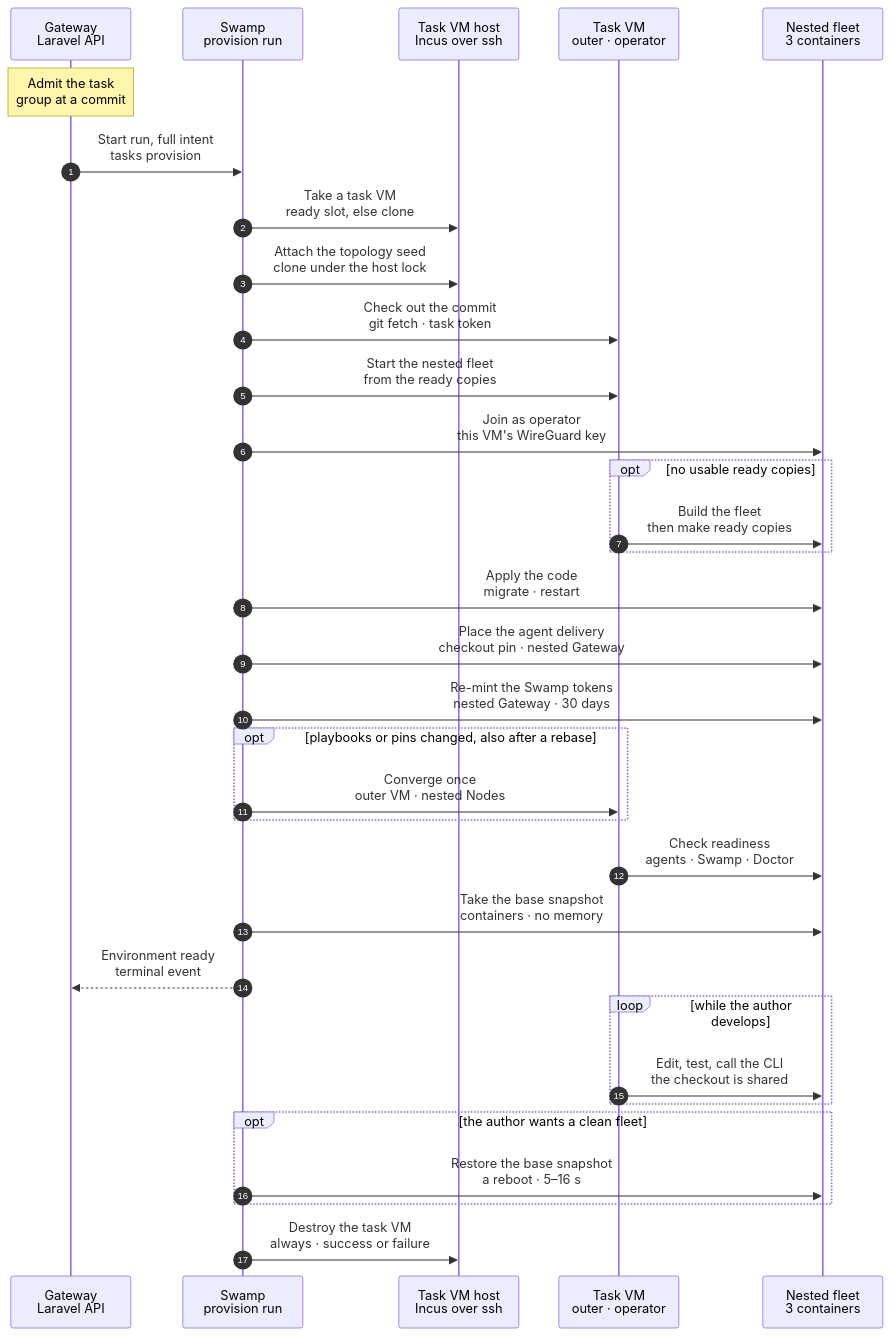
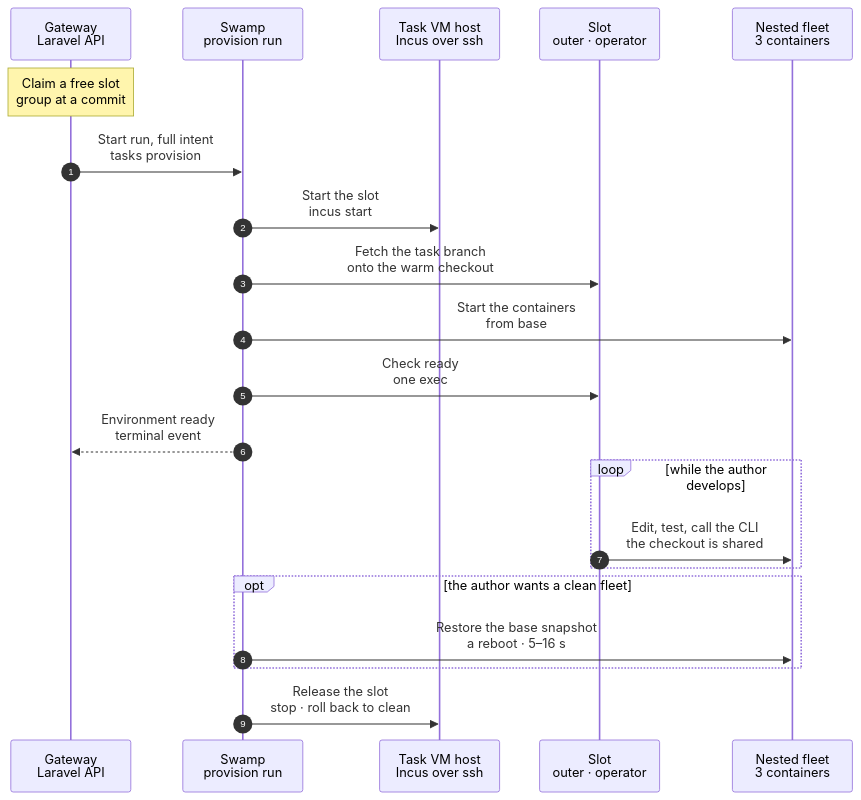
The diagram in docs/reference/pipeline/2-development-environment.mmd (hardimpactdev/orbit), drawn with Mermaid before and after one commit. The commit also changed 10 other files, not shown here.

First line of the commit message:
docs(tasks): slot claim, slot enrol and release, and the one-VM image refresh charts

```diff
--- a/docs/reference/pipeline/2-development-environment.mmd
+++ b/docs/reference/pipeline/2-development-environment.mmd
@@ -1,5 +1,5 @@
 sequenceDiagram
-  %% Target design: stage 2 of the command development pipeline. A task VM, where an agent or Nick develops a command and the proof cases run too, holds a nested fleet (a Gateway with Swamp, an app-dev Node, an app-prod Node) that resets from the ready copies in the host's topology seed. The nested Nodes are Incus system containers with the outer VM's checkout as a disk device, so an edit reaches them at once with no sync; `base` is a container snapshot without memory (decided 2026-11-06). Uses the simple slot pool (task-vm.slots) as the target way to get the VM.
+  %% Target design (Nick 2026-11-07): stage 2 of the command development pipeline. A task VM, where an agent or Nick develops a command and the proof cases run too, is a fixed slot `<node>-tvm-<n>` from the host's image. The image holds everything installed and ready: orbit-agent, the Pi server, the tools, Swamp, sshd and UFW, a warm checkout of main with `vendor/` and `node_modules/`, and the nested fleet (a Gateway with Swamp, an app-dev Node, an app-prod Node) as Incus system containers, migrated and running, with a `base` snapshot each. The containers mount the outer VM's checkout as a disk device, so an edit reaches them at once. A claim only starts the slot: docs/cli/tasks/provision.mmd.
   %% status: draft
   %% command: development pipeline stage 2 · development environment
   %% kind: pipeline.2-development-environment
@@ -7,156 +7,54 @@
   %% lane GW icon=gateway pill=intent tone=blue
   %% lane SW icon=workflow pill=executes tone=green
   %% lane H icon=server pill=target tone=amber
-  %% lane VM icon=server pill=target tone=purple
+  %% lane VM icon=server pill=slot tone=purple
   %% lane NT icon=server pill=fleet tone=gray
   participant GW as Gateway<br/>Laravel API
   participant SW as Swamp<br/>provision run
   participant H as Task VM host<br/>Incus over ssh
-  participant VM as Task VM<br/>outer · operator
+  participant VM as Slot<br/>outer · operator
   participant NT as Nested fleet<br/>3 containers
-  Note over GW: Admit the task<br/>group at a commit
+  Note over GW: Claim a free slot<br/>group at a commit
   %%> Requirements:
-  %%> - an external task group in `todo` and a free task VM host
+  %%> - an external task group in `todo` and a free slot on a host, enrolled from the host's promoted image
   %%> Result:
-  %%> - the full intent is recorded; the group is reserved
-  %%> Decided by the orchestrator, for Nick's review:
-  %%> - a parked prep group is admitted by the gate check when the owner approves its spec: the Gateway appends the implementation subtask, moves the group to `running` and starts `tasks.build`, which resumes the VM, syncs the refs and runs the first implementer turn
+  %%> - the group holds the slot; its Node, WireGuard peer, agent secret, Pi token, host key and workspace Instance already exist, so nothing is minted or published
+  %%> - a proof is placed only on a host whose promoted image holds every change of what the image carries, up to the merge base of the proof commit with main (`TaskVmImageInputs`); otherwise the admission answers `tasks.capacity_unavailable` and names the release the host's image comes from
   GW->>SW: Start run, full intent<br/>tasks provision
   %%> Why:
   %%> - the same run for a person, an agent or a CI proof
-  SW->>H: Take a task VM<br/>ready slot, else clone
-  %%> Target, not built:
-  %%> - start a ready slot that was enrolled ahead of time and kept stopped; takes seconds (chart `task-vm.slots`)
-  %%> Built today:
-  %%> - clone the task image, boot, enrol (keys, WireGuard, observer), model key, Pi; takes minutes
-  %%> Decided by the orchestrator, for Nick's review:
-  %%> - a task that needs the nested fleet (a proof, or any VM with test nodes: medium or large) is placed only on a host whose seed holds usable ready copies of the current format; with no such host free, admission answers `tasks.capacity_unavailable`
-  %%> - the Gateway reads the fact from its own records: the seed follows the image the VM boots from, and it holds usable copies when the host's latest refresh run promoted that image and saved copies of the current `user.ready.format`; no agent report and no ssh
-  %%> - the refresh of a host is pinned to that host and is not filtered, because it is what builds the copies; a task with no fleet (a plain task) still uses any host
-  %%> Decided by the orchestrator, for Nick's review (2026-11-07; the key sharpened the same day): a proof is placed only on a host whose ready copies include every change of what the image carries, up to the merge base of the proof commit with main
-  %%> - why: M5 try 10's allow run landed on the copies of beast from before #3104 (the refresh converged the nested Nodes only from then on), and failed on faults that the commit under proof did not cause
-  %%> - what the image carries is one rule, the one that starts a refresh: the playbooks of the task VM role (`swamp/ansible`), the pins of the recipe (`apps/gateway/resources/machine-software`) and the lock files. The code is `TaskVmImageInputs`, and the refresh trigger and this check both ask it. A change of any other file, such as Gateway PHP or documents, makes no copies stale, because a task mounts its own checkout and no refresh follows it
-  %%> - not the merge base itself: main moves past the copies through commits that change nothing the copies hold, and no refresh follows them, so a test against the merge base could refuse a proof until some unrelated refresh happens, which may be never. The copies must include the newest commit at or before the merge base that changed what the image carries
-  %%> - the fact: the refresh that saved the current copies records the release commit it built them from (`refresh.commit`, the commit the Gateway ran at its admission). The Gateway asks GitHub, through the same App reads that select the cases, how the merge base stands to that commit and which files differ (`compare/{release commit}...{merge base}`), before the admission transaction. The copies pass when they are the merge base or after it, or when no file that differs is one that the image carries
-  %%> - copies that miss such a change, a release commit that GitHub does not know, a list of changed files that GitHub cut, and copies with no recorded commit are not usable for that proof; a host with room is skipped as a host with no usable copies is, and the message names the rule. A proof never falls back to older copies. If GitHub cannot answer, the proof fails with `proof.github_unavailable`
-  %%> - the rule holds for a clone and for a ready slot alike, because both ask the same question of the seed; a task that is not a proof keeps the rule above and any host with usable copies
-  %%> - nothing queues and a refusal starts no refresh (decided 2026-11-07: every release that changes the image already starts one for each host, one for each host with the newest winning, so a refusal that started one would only add churn). With no fresh host the admission answers `tasks.capacity_unavailable`. The refusal tells the caller when to run the proof again: for each skipped host it names the release its copies come from and the change of the image inputs they lack (or that they record no release, or that GitHub does not know it), and says whether a refresh of that host is running, with its operation id, or not. The refresh of a host is never filtered
-  SW->>H: Attach the topology seed<br/>clone under the host lock
+  SW->>H: Start the slot<br/>incus start
   %%> What it does:
-  %%> - clones the seed of the host's task image; on ZFS the clone costs only what the Nodes write
-  %%> - the VM sees it as the disk `topology-seed`
-  %%> Why:
-  %%> - each host keeps its own seed; nothing is copied between hosts
-  SW->>VM: Check out the commit<br/>git fetch · task token
+  %%> - starts the stopped slot; about 7 s to the guest agent
+  SW->>VM: Fetch the task branch<br/>onto the warm checkout
   %%> What it does:
-  %%> - checks out the commit or branch the task works on, with a read token from the vault
-  %%> Decided by the orchestrator, for Nick's review (2026-11-06):
-  %%> - no step brings the task branch up to date with main. `tasks:sync` fetches refs only and the author merges, as stage 4 asks for a conflict. The proof (stage 3) refuses a head that lacks a platform change, with `proof.head_behind_platform`, before it restores or runs any case
-  SW->>VM: Start the nested fleet<br/>from the ready copies
+  %%> - `git fetch` of the group's branch with an App read token minted for this step, then checkout; the token never stays on the VM
+  %%> - `composer install` or `npm ci` only when a lock file differs from main's
+  %%> - no step brings the task branch up to date with main: `tasks:sync` fetches refs only and the author merges, as stage 4 asks for a conflict
+  SW->>NT: Start the containers<br/>from base
   %%> What it does:
-  %%> - creates the nested network from the subnet stored with the ready copies
-  %%> - per Node: copies the ready copy, adds its NIC with the stored MAC and address, attaches the outer VM's checkout as an Incus disk device (Gateway and app-dev), starts all three
-  %%> Decided by the orchestrator, for Nick's review (2026-11-06), container inner topology:
-  %%> - the nested Nodes are Incus system containers, not VMs (chart `vm-fleet-build.mmd`); the outer task VM stays a VM
-  %%> - no memory snapshot of the outer VM (Nick, option 3): a cold start of the outer VM plus the containers was as fast as its memory restore (beast 35 s, shark 27 s against 34 s), and a memory snapshot would need retaking per host and per release
-  %%> - measured on shark (rvm-2): copies to a healthy fleet 8–11 s
-  %%> - each ready copy is self-contained: its own `.env`, storage, `bootstrap/cache` and database on its own disk (stage 6 saves them so); the code comes from the outer VM's checkout
-  %%> - needs no earlier fleet in this VM and no state from the outer VM; the task owns the network and the three containers
-  %%> - then pushes the proof Swamp Club key into the nested Gateway, as today
-  %%> Proposed 2026-11-05:
-  %%> - replaces today's reset, which takes `.env`, storage, the agent manifest and the lease from an earlier fleet in the same VM, so it fails on a fresh VM
-  %%> Time:
-  %%> - about 10 seconds to a healthy fleet from the copies (8–11 s on shark); Doctor reads healthy once every agent has reported; an agent sends a report the Gateway did not accept again within seconds
-  SW->>NT: Join as operator<br/>this VM's WireGuard key
+  %%> - restores `base` and starts the Gateway with Swamp, app-dev and app-prod; 3.5 to 7 s each
+  %%> - migrations run only when the branch adds new ones
+  %%> - the outer VM is the operator of the nested fleet; its WireGuard key and Node record are in the image
+  SW->>VM: Check ready<br/>one exec
   %%> What it does:
-  %%> - the outer VM makes its own WireGuard key; its public key goes into the nested Gateway's operator Node record with `incus exec` (the outer VM is the Incus host of the nested containers, so this needs no network yet)
-  %%> - the nested Gateway puts the key on its hub; the outer VM brings up WireGuard as the operator `10.45.0.10`
-  %%> Decided by the orchestrator, for Nick's review (2026-11-06), container inner topology:
-  %%> - the hub gets the operator peer through a file in its peer folder, in the form the hub rendering writes (a hub converge of the nested Gateway would need its Swamp, which only a proof VM runs), not through a runtime `wg set`: a restore of `base` reboots the containers, and a peer that lived only in memory was gone after it
-  %%> - the private key never leaves this task VM; each task VM has its own
-  %%> Proposed 2026-11-05:
-  %%> - the ready copies hold the operator Node record without a key (stage 6), so the key of the VM that made them never works anywhere else
-  opt no usable ready copies
-    VM->>NT: Build the fleet<br/>then make ready copies
-    %%> When:
-    %%> Decided by the orchestrator, for Nick's review: until the fleet build (`task_vm.fleet_build`) lands, the branch skips the fleet. The provision records "no nested fleet" (`nested_fleet: none`) on its result, and the VM stays usable for tasks that need no fleet. A proof run on such a VM fails early with `proof.no_nested_fleet`. When the fleet build lands, the branch calls it instead.
-    %%> - a new task image has a seed with only the Node template until its first seed refresh (stage 6)
-    %%> - copies of an older format count as not usable: the save writes `user.ready.format`, and the provision lists only the copies that carry the current value
-    %%> Time:
-    %%> - about 230 seconds; the build ends by making the ready copies for the next reset
-  end
-  SW->>NT: Apply the code<br/>migrate · restart
-  %%> What it does:
-  %%> - the bind-mount units of the copies put `.env`, `storage` and `bootstrap/cache` (each guest's own disk) over the shared checkout at boot
-  %%> - then the re-mint below, migrations and a restart of the long-running services (queue worker, scheduler, agent-view subscriber), so they run the checked-out code
-  %%> Decided by the orchestrator, for Nick's review (2026-11-06), container inner topology:
-  %%> - the checkout is the disk device of the fleet start; there is no NFS export, NFS mount or mount ordering step any more
-  %%> Why:
-  %%> - an edit on the outer VM is in the nested Nodes at once, at local disk speed; nothing can run against old code
-  SW->>NT: Place the agent delivery<br/>checkout pin · nested Gateway
-  %%> Decided by the orchestrator, for Nick's review (2026-11-07):
-  %%> - copies the checkout's agent pin (`resources/agent/frozen-manifest.json`) to the nested Gateway's delivery manifest (`apps/agent/delivery/manifest.json`), as a release does
-  %%> Why:
-  %%> - the manifest is an ignored file of the shared checkout, so a fleet from ready copies mounts a checkout without it, and its `node:converge` refuses to start
-  SW->>NT: Re-mint the Swamp tokens<br/>nested Gateway · 30 days
-  %%> Decided by the orchestrator, for Nick's review (2026-11-06):
-  %%> What it does:
-  %%> - runs the play `remint` of the Gateway bootstrap playbook on the nested Gateway, from the checkout disk device, with the control plan the build left on that machine (`/opt/orbit/bootstrap/control.yml`)
-  %%> - the Swamp CLI renews the tokens by the names and into the files the build used: `access token rotate` for the serve driver, the two workers and the Gateway's run and read tokens, a new enrollment token for each worker; each lasts 30 days
-  %%> - a worker gets a new enrollment token under a new name; the old one was used once and expires with the task VM, so nothing revokes it
-  %%> - stops serve and both workers while the tokens change, then starts them; the apply step that follows restarts the Gateway's own services, which read the new tokens
-  %%> - the worker units read the token files directly (group orbit, 0640), not through `LoadCredential=`, which does nothing in a container (chart `vm-fleet-build.mmd`)
-  %%> - measured on shark: ok=15 failed=0, about 20 s
-  %%> Why:
-  %%> - the tokens of the ready copies are as old as the copies, so a fleet started from them would otherwise run a Swamp whose tokens expired; this step makes the age of the copies irrelevant, and the seed refresh needs no step for it
-  %%> - the same fleet start does it every time, from the same checkout the apply uses; it needs no key from the real Gateway, because these tokens belong to the nested Orbit
-  %%> - runs only when the VM has the proof Swamp Club key (a proof task): the Swamp CLI needs it, the start pushes it to `~/.config/swamp/api-key` of the nested Gateway before this step, and this step restarts serve and the workers so they read it
-  %%> - the certificates last 397 days and are issued again by the seed refresh; nothing else in the fleet expires within the life of a task
-  %%> Time:
-  %%> - not yet measured; recorded here when the first provision with it has run
-  opt playbooks or pins changed, also after a rebase
-    SW->>VM: Converge once<br/>outer VM · nested Nodes
-    %%> What it does:
-    %%> - image playbooks on the outer VM; role playbooks and pins on the nested Nodes, through the nested Orbit's `node:converge`
-    %%> - the nested Orbit reads the playbooks from the checkout disk device
-    %%> - after a rebase onto main, a running task picks up the tools main added since its start
-    %%> Why:
-    %%> - a tool update lives in code; this puts it in place once, and the snapshot taken next keeps it
-    %%> - the base images are not touched; only the merge and the seed refresh change them
-  end
-  VM->>NT: Check readiness<br/>agents · Swamp · Doctor
-  %%> What it does:
-  %%> - every Node agent online, the Swamp worker enrolled, the Gateway knows the operator, Doctor has no finding
-  %%> Decided by the orchestrator, for Nick's review (2026-11-06):
-  %%> - readiness first waits, bounded, until Doctor of the nested Gateway is healthy (one Ansible task with `until` and `retries`, the fleet build's wait playbook); the apply step restarts the agent-view subscriber, and the agents read online only after their next heartbeats, so a single read 3 s later failed (provision 11937)
-  %%> Decided by the orchestrator, for Nick's review (2026-11-06), container inner topology:
-  %%> - Reverb starts only once the Gateway API answers (systemd ordering on its unit, `ExecStartPre` with a bounded wait), so it accepts about 5 s after the boot and not about 35 s, when the registry fetch of a first start failed; the agents' first reports follow the agent's own retry of failed reports (a separate change)
-  SW->>NT: Take the base snapshot<br/>containers · no memory
-  %%> What it does:
-  %%> - one Incus snapshot `base` of each of the three containers, in parallel
-  %%> - every proof batch starts from it (stage 3)
-  %%> - holds the proof Swamp Club key, pushed in after the start from the ready copies, and the Swamp tokens renewed by this provision (30 days); accepted because `base` belongs to this task VM only and is destroyed with it; ready copies stay key-free
-  %%> Decided by the orchestrator, for Nick's review (2026-11-06), container inner topology:
-  %%> - no memory state: a restore of `base` is a reboot of the containers, so the services start fresh, the clocks are the outer VM's, and nothing waits on an old network session
-  %%> - measured: snapshot 0.3 s against 30–41 s for the stateful VM snapshot
+  %%> - one exec checks the agent, Pi, the tunnel and the three containers; Swamp's `assert` decides
   SW-->>GW: Environment ready<br/>terminal event
   %%> Result:
-  %%> - the Gateway marks the group running and records the VM; the proof (stage 3) or the proof CI (stage 4) uses the fleet
+  %%> - the group runs on the slot; the proof (stage 3) or the proof CI (stage 4) uses the fleet
+  %%> - target under 30 s from admission
   loop while the author develops
     VM->>NT: Edit, test, call the CLI<br/>the checkout is shared
     %%> What it does:
     %%> - the author edits and runs tests on the outer VM; PHP in the nested containers sees the change on the next request
     %%> - the candidate CLI on the outer VM talks to the nested Gateway as the operator
-    %%> - after a new migration or a change to a long-running service, the author runs the apply step again
-    %%> - when the change holds playbooks or pins, or after a rebase onto main, the converge step above runs once
+    %%> - after a new migration, the author runs the migrations in the nested Gateway
   end
   opt the author wants a clean fleet
     SW->>NT: Restore the base snapshot<br/>a reboot · 5–16 s
     %%> What it keeps:
-    %%> - the outer VM, Pi and the checkout; the apply step follows, so the restored fleet runs the current code
+    %%> - the outer VM, Pi and the checkout
   end
-  SW->>H: Destroy the task VM<br/>always · success or failure
-  %%> Why:
-  %%> - no proof VM stays behind; diagnostics are kept, not running VMs
-  %%> Target, not built:
-  %%> - the Gateway then enrols a new slot to refill the pool of ready slots
+  SW->>H: Release the slot<br/>stop · roll back to clean
+  %%> What it does:
+  %%> - at the end of the group, the slot stops and rolls back to its `clean` snapshot (docs/cli/tasks/vm-slot-release.mmd); its identity stays
```
